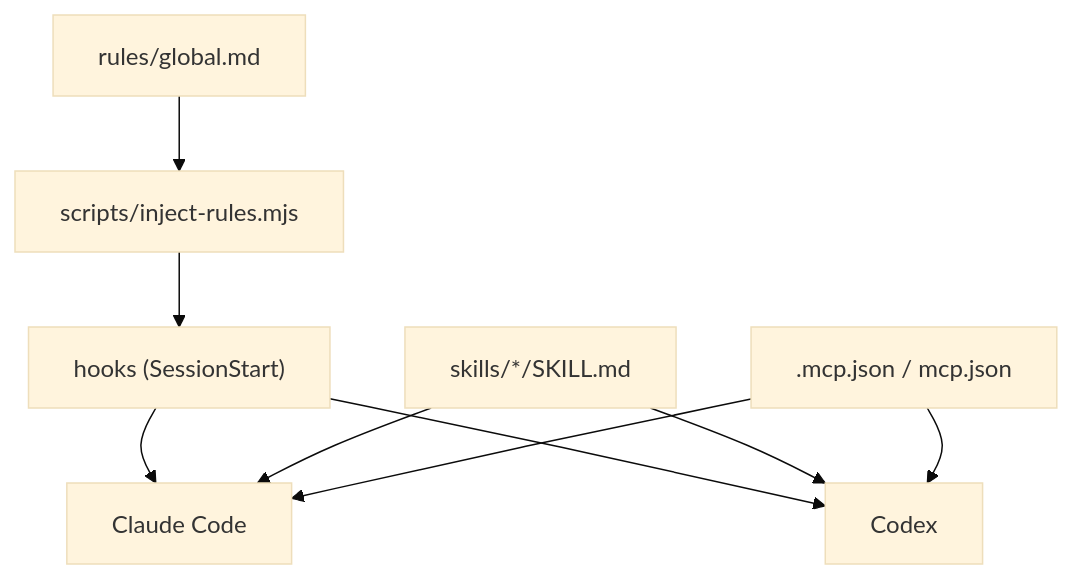
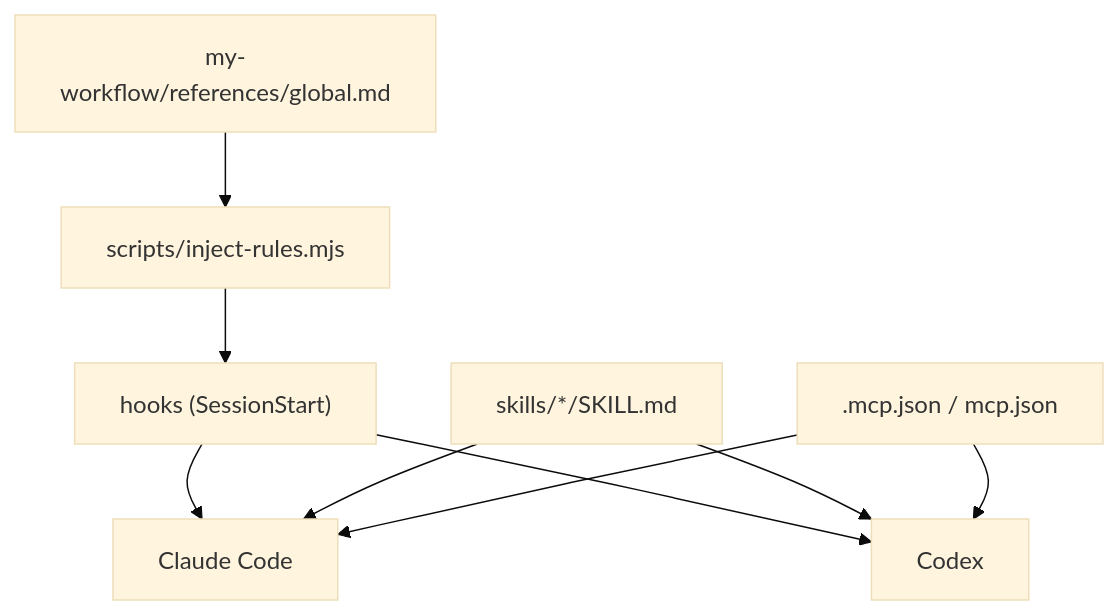
One commit to VECTOR-COOL/my-agent-toolkit changed the diagram in my-plugins/my-workflow/AGENTS.md. Above: the diagram before and after it, drawn with Mermaid (base theme). The commit also changed other lines of this file and 20 other files, not shown here.

````diff
--- a/my-plugins/my-workflow/AGENTS.md
+++ b/my-plugins/my-workflow/AGENTS.md
@@ -22,11 +22,11 @@
 ```mermaid
 graph TD
-  Rules["rules/global.md"] --> Inject["scripts/inject-rules.mjs"]
+  Rules["my-workflow/references/global.md"] --> Inject["scripts/inject-rules.mjs"]
   Inject --> Hook["hooks (SessionStart)"]
   Hook --> Claude["Claude Code"]
   Hook --> Codex["Codex"]
   Skills["skills/*/SKILL.md"] --> Claude
   Skills --> Codex
   Mcp[".mcp.json / mcp.json"] --> Claude
   Mcp --> Codex
 ```
````
